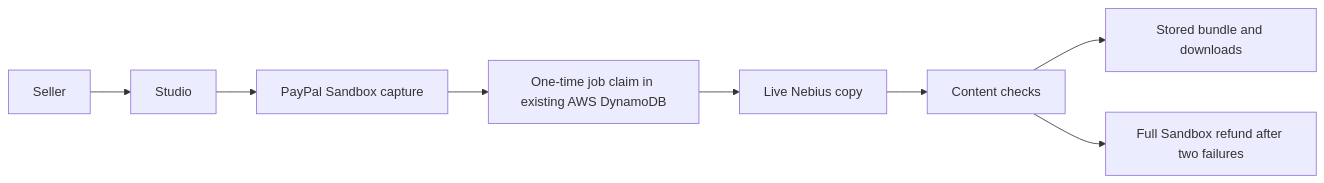
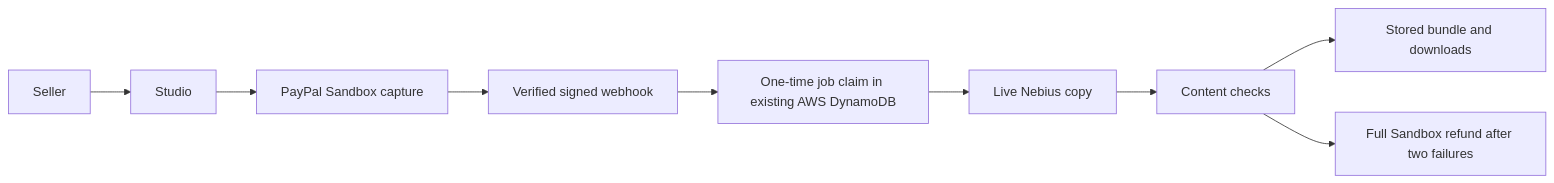
One commit to kks0488/paid-agent-studio changed the diagram in README.md. Above: the diagram before and after it, drawn with Mermaid. The commit also changed other lines of this file and 19 other files, not shown here.

Commit message:
Recover verified webhook jobs and validate unique live Sandbox deliveries

````diff
--- a/README.md
+++ b/README.md
@@ -13,8 +19,9 @@
 ```mermaid
 flowchart LR
   Seller --> Studio --> PayPal[PayPal Sandbox capture]
-  PayPal --> Claim[One-time job claim in existing AWS DynamoDB]
+  PayPal --> Webhook[Verified signed webhook]
+  Webhook --> Claim[One-time job claim in existing AWS DynamoDB]
   Claim --> Nebius[Live Nebius copy] --> QC[Content checks]
   QC --> Delivery[Stored bundle and downloads]
   QC --> Refund[Full Sandbox refund after two failures]
 ```
````
